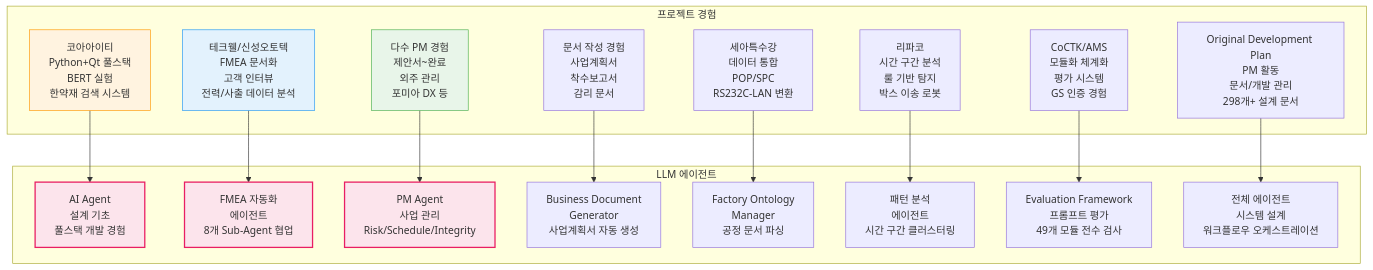
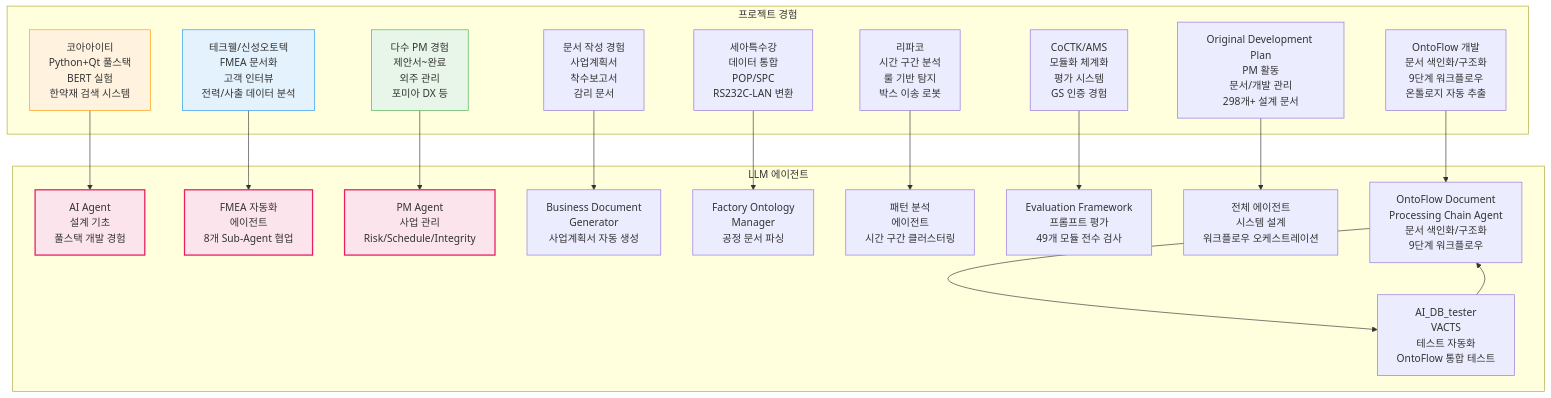
The third of 12 diagrams in portfolio/portfolio_docs/00_Relationship_Map.md (moobaek/Testing_AI_agents_for_public_use), drawn with Mermaid before and after one commit. The commit also changed other lines of this file and 20 other files, not shown here.

````diff
--- a/portfolio/portfolio_docs/00_Relationship_Map.md
+++ b/portfolio/portfolio_docs/00_Relationship_Map.md
@@ -124,40 +139,46 @@
 ```mermaid
 graph TD
     subgraph "프로젝트 경험"
         CoaAITI["코아아이티<br/>Python+Qt 풀스택<br/>BERT 실험<br/>한약재 검색 시스템"]
         Techwell["테크웰/신성오토텍<br/>FMEA 문서화<br/>고객 인터뷰<br/>전력/사출 데이터 분석"]
         PM_Exp["다수 PM 경험<br/>제안서~완료<br/>외주 관리<br/>포미아 DX 등"]
         Doc_Exp["문서 작성 경험<br/>사업계획서<br/>착수보고서<br/>감리 문서"]
         Seah_Data["세아특수강<br/>데이터 통합<br/>POP/SPC<br/>RS232C-LAN 변환"]
         Ripaco_Exp["리파코<br/>시간 구간 분석<br/>룰 기반 탐지<br/>박스 이송 로봇"]
         CoCTK_AMS["CoCTK/AMS<br/>모듈화 체계화<br/>평가 시스템<br/>GS 인증 경험"]
         Dev_Plan["Original Development Plan<br/>PM 활동<br/>문서/개발 관리<br/>298개+ 설계 문서"]
+        OntoFlow_Exp["OntoFlow 개발<br/>문서 색인화/구조화<br/>9단계 워크플로우<br/>온톨로지 자동 추출"]
     end
     
     subgraph "LLM 에이전트"
         Agent_Design["AI Agent<br/>설계 기초<br/>풀스택 개발 경험"]
         FMEA_Agent["FMEA 자동화<br/>에이전트<br/>8개 Sub-Agent 협업"]
         PM_Agent["PM Agent<br/>사업 관리<br/>Risk/Schedule/Integrity"]
         Doc_Generator["Business Document<br/>Generator<br/>사업계획서 자동 생성"]
         Factory_Ontology["Factory Ontology<br/>Manager<br/>공정 문서 파싱"]
         Pattern_Agent["패턴 분석<br/>에이전트<br/>시간 구간 클러스터링"]
         Eval_Agent["Evaluation Framework<br/>프롬프트 평가<br/>49개 모듈 전수 검사"]
         System_Design["전체 에이전트<br/>시스템 설계<br/>워크플로우 오케스트레이션"]
+        OntoFlow_Agent["OntoFlow Document<br/>Processing Chain Agent<br/>문서 색인화/구조화<br/>9단계 워크플로우"]
+        AI_DB_Tester["AI_DB_tester<br/>VACTS<br/>테스트 자동화<br/>OntoFlow 통합 테스트"]
     end
     
     CoaAITI --> Agent_Design
     Techwell --> FMEA_Agent
     PM_Exp --> PM_Agent
     Doc_Exp --> Doc_Generator
     Seah_Data --> Factory_Ontology
     Ripaco_Exp --> Pattern_Agent
     CoCTK_AMS --> Eval_Agent
     Dev_Plan --> System_Design
+    OntoFlow_Exp --> OntoFlow_Agent
+    OntoFlow_Agent --> AI_DB_Tester
+    AI_DB_Tester --> OntoFlow_Agent
     
     style CoaAITI fill:#fff3e0,stroke:#ff9800
     style Techwell fill:#e3f2fd,stroke:#2196f3
     style PM_Exp fill:#e8f5e9,stroke:#4caf50
     style Agent_Design fill:#fce4ec,stroke:#e91e63,stroke-width:2px
     style FMEA_Agent fill:#fce4ec,stroke:#e91e63,stroke-width:2px
     style PM_Agent fill:#fce4ec,stroke:#e91e63,stroke-width:2px
 ```
````
